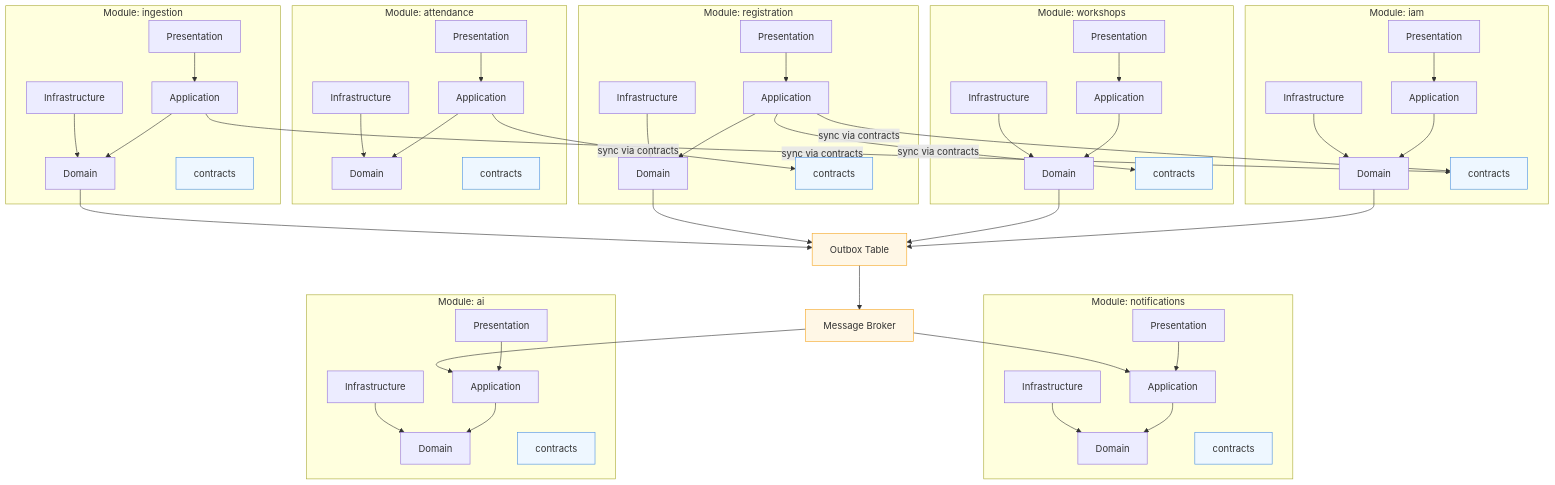
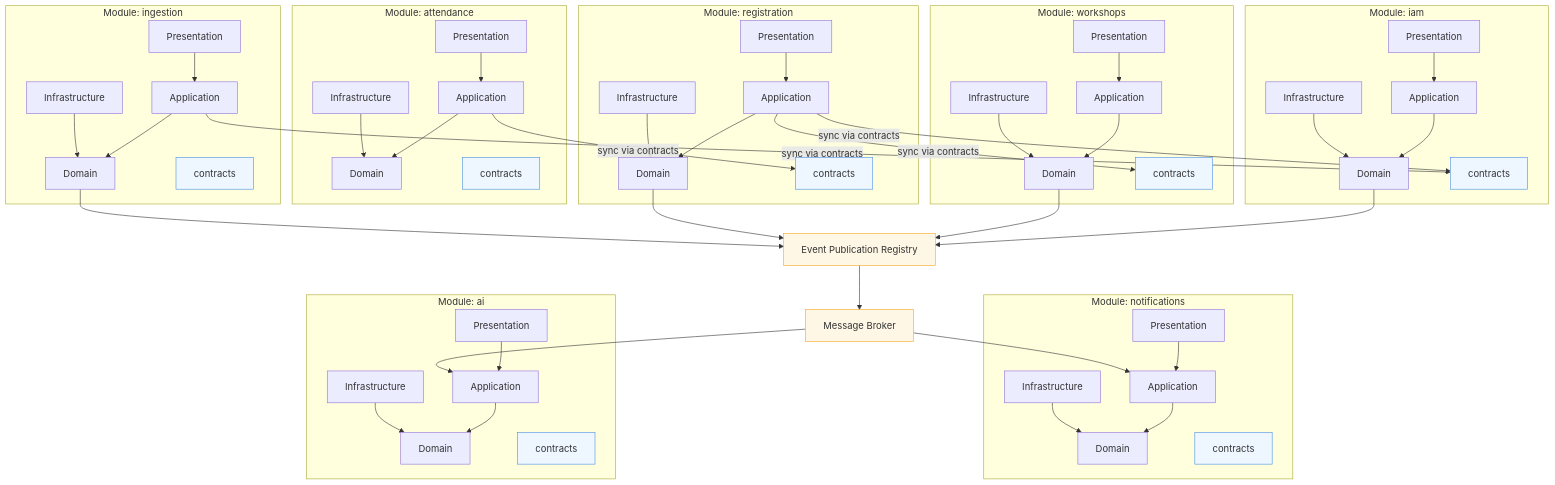
One commit to phatnguyen975/unihub-workshop changed diagram 13 of 15 in blueprint/design.md. Above: the diagram before and after it, drawn with Mermaid. The commit also changed other lines of this file and 15 other files, not shown here.

Commit message:
docs: update to use event publication of spring modulith

````diff
--- a/blueprint/design.md
+++ b/blueprint/design.md
@@ -1149,70 +1149,70 @@
 ```mermaid
 flowchart TD
   subgraph IAM["Module: iam"]
     IAM_P["Presentation"] --> IAM_A["Application"]
     IAM_A --> IAM_D["Domain"]
     IAM_I["Infrastructure"] --> IAM_D
     IAM_C["contracts"]
   end
 
   subgraph WORK["Module: workshops"]
     WORK_P["Presentation"] --> WORK_A["Application"]
     WORK_A --> WORK_D["Domain"]
     WORK_I["Infrastructure"] --> WORK_D
     WORK_C["contracts"]
   end
 
   subgraph REG["Module: registration"]
     REG_P["Presentation"] --> REG_A["Application"]
     REG_A --> REG_D["Domain"]
     REG_I["Infrastructure"] --> REG_D
     REG_C["contracts"]
   end
 
   subgraph ATT["Module: attendance"]
     ATT_P["Presentation"] --> ATT_A["Application"]
     ATT_A --> ATT_D["Domain"]
     ATT_I["Infrastructure"] --> ATT_D
     ATT_C["contracts"]
   end
 
   subgraph NOTIF["Module: notifications"]
     NOTIF_P["Presentation"] --> NOTIF_A["Application"]
     NOTIF_A --> NOTIF_D["Domain"]
     NOTIF_I["Infrastructure"] --> NOTIF_D
     NOTIF_C["contracts"]
   end
 
   subgraph AI["Module: ai"]
     AI_P["Presentation"] --> AI_A["Application"]
     AI_A --> AI_D["Domain"]
     AI_I["Infrastructure"] --> AI_D
     AI_C["contracts"]
   end
 
   subgraph ING["Module: ingestion"]
     ING_P["Presentation"] --> ING_A["Application"]
     ING_A --> ING_D["Domain"]
     ING_I["Infrastructure"] --> ING_D
     ING_C["contracts"]
   end
 
   REG_A -->|sync via contracts| IAM_C
   REG_A -->|sync via contracts| WORK_C
   ATT_A -->|sync via contracts| REG_C
   ING_A -->|sync via contracts| IAM_C
 
-  IAM_D --> Outbox["Outbox Table"]
-  WORK_D --> Outbox
-  REG_D --> Outbox
-  ING_D --> Outbox
-  Outbox --> Broker["Message Broker"]
+  IAM_D --> Registry["Event Publication Registry"]
+  WORK_D --> Registry
+  REG_D --> Registry
+  ING_D --> Registry
+  Registry --> Broker["Message Broker"]
 
   Broker --> NOTIF_A
   Broker --> AI_A
 
   classDef contract fill:#eef7ff,stroke:#4a90e2,stroke-width:1px;
   classDef async fill:#fff7e6,stroke:#f5a623,stroke-width:1px;
   class IAM_C,WORK_C,REG_C,ATT_C,NOTIF_C,AI_C,ING_C contract;
-  class Outbox,Broker async;
+  class Registry,Broker async;
 ```
````
